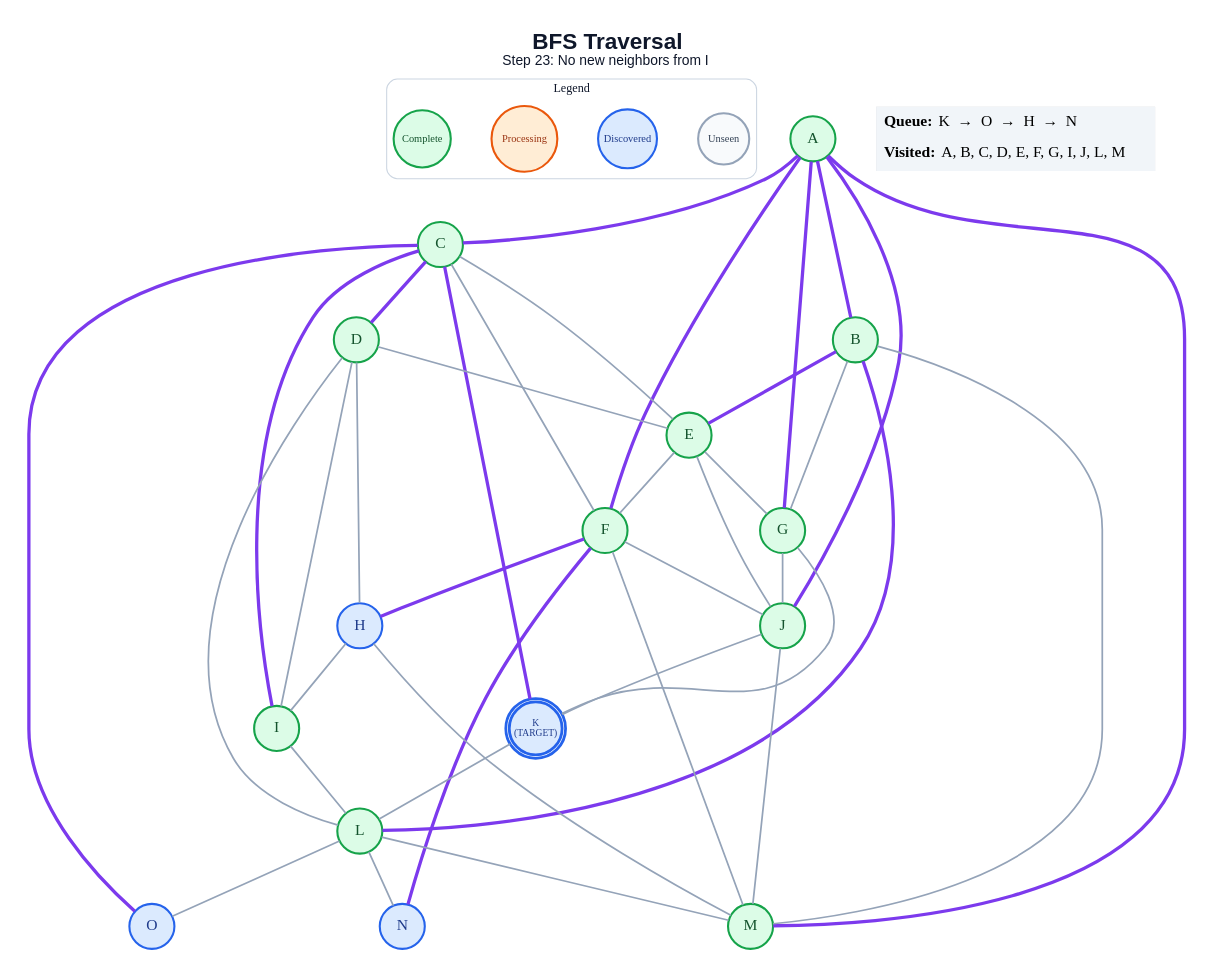
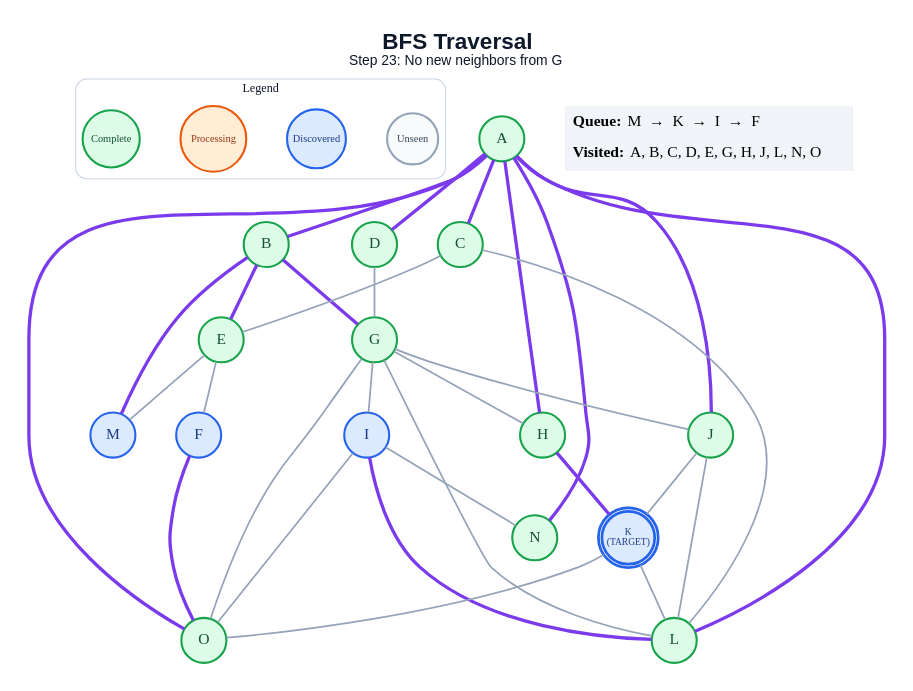
One commit to anon7238593-create/ai-slop changed the diagram in generated/specific-node/bfs/step_23.dot. Above: the diagram before and after it, drawn with Graphviz. The commit also changed 288 other files, not shown here.

```diff
--- a/generated/specific-node/bfs/step_23.dot
+++ b/generated/specific-node/bfs/step_23.dot
@@ -1,72 +1,64 @@
 graph traversal {
   graph [layout=dot, rankdir=TB, bgcolor="#FFFFFF", pad="0.35", nodesep="0.65", ranksep="0.8", fontname="Arial"];
   node [shape=circle, style="filled", fontname="Arial Bold", fontsize=18, width=0.72, fixedsize=true, penwidth=2.4];
   edge [color="#94A3B8", penwidth=2.0];
-  label=<<B>BFS Traversal</B><BR/><FONT POINT-SIZE="16">Step 23: No new neighbors from I</FONT>>; labelloc="t"; fontsize=26; fontname="Arial"; fontcolor="#0F172A";
+  label=<<B>BFS Traversal</B><BR/><FONT POINT-SIZE="16">Step 23: No new neighbors from G</FONT>>; labelloc="t"; fontsize=26; fontname="Arial"; fontcolor="#0F172A";
   subgraph cluster_legend { label="Legend"; color="#CBD5E1"; penwidth=1.2; style="rounded"; fontsize=14; fontname="Arial Bold";
     key_unseen [label="Unseen", fillcolor="#F8FAFC", color="#94A3B8", fontcolor="#334155", fontsize=12, width=0.82];
     key_frontier [label="Discovered", fillcolor="#DBEAFE", color="#2563EB", fontcolor="#1E3A8A", fontsize=12, width=0.95];
     key_current [label="Processing", fillcolor="#FFEDD5", color="#EA580C", fontcolor="#9A3412", fontsize=12, width=1.05];
     key_done [label="Complete", fillcolor="#DCFCE7", color="#16A34A", fontcolor="#14532D", fontsize=12, width=0.92];
     { rank=same; key_unseen; key_frontier; key_current; key_done; }
   }
   A [label="A", fillcolor="#DCFCE7", color="#16A34A", fontcolor="#14532D", peripheries=1, penwidth=2.4];
   B [label="B", fillcolor="#DCFCE7", color="#16A34A", fontcolor="#14532D", peripheries=1, penwidth=2.4];
   C [label="C", fillcolor="#DCFCE7", color="#16A34A", fontcolor="#14532D", peripheries=1, penwidth=2.4];
   D [label="D", fillcolor="#DCFCE7", color="#16A34A", fontcolor="#14532D", peripheries=1, penwidth=2.4];
   E [label="E", fillcolor="#DCFCE7", color="#16A34A", fontcolor="#14532D", peripheries=1, penwidth=2.4];
-  F [label="F", fillcolor="#DCFCE7", color="#16A34A", fontcolor="#14532D", peripheries=1, penwidth=2.4];
+  F [label="F", fillcolor="#DBEAFE", color="#2563EB", fontcolor="#1E3A8A", peripheries=1, penwidth=2.4];
   G [label="G", fillcolor="#DCFCE7", color="#16A34A", fontcolor="#14532D", peripheries=1, penwidth=2.4];
-  H [label="H", fillcolor="#DBEAFE", color="#2563EB", fontcolor="#1E3A8A", peripheries=1, penwidth=2.4];
-  I [label="I", fillcolor="#DCFCE7", color="#16A34A", fontcolor="#14532D", peripheries=1, penwidth=2.4];
+  H [label="H", fillcolor="#DCFCE7", color="#16A34A", fontcolor="#14532D", peripheries=1, penwidth=2.4];
+  I [label="I", fillcolor="#DBEAFE", color="#2563EB", fontcolor="#1E3A8A", peripheries=1, penwidth=2.4];
   J [label="J", fillcolor="#DCFCE7", color="#16A34A", fontcolor="#14532D", peripheries=1, penwidth=2.4];
   K [label="K\n(TARGET)", fillcolor="#DBEAFE", color="#2563EB", fontcolor="#1E3A8A", peripheries=2, penwidth=3.2, fontsize=11, width=0.85, height=0.85];
   L [label="L", fillcolor="#DCFCE7", color="#16A34A", fontcolor="#14532D", peripheries=1, penwidth=2.4];
-  M [label="M", fillcolor="#DCFCE7", color="#16A34A", fontcolor="#14532D", peripheries=1, penwidth=2.4];
-  N [label="N", fillcolor="#DBEAFE", color="#2563EB", fontcolor="#1E3A8A", peripheries=1, penwidth=2.4];
-  O [label="O", fillcolor="#DBEAFE", color="#2563EB", fontcolor="#1E3A8A", peripheries=1, penwidth=2.4];
+  M [label="M", fillcolor="#DBEAFE", color="#2563EB", fontcolor="#1E3A8A", peripheries=1, penwidth=2.4];
+  N [label="N", fillcolor="#DCFCE7", color="#16A34A", fontcolor="#14532D", peripheries=1, penwidth=2.4];
+  O [label="O", fillcolor="#DCFCE7", color="#16A34A", fontcolor="#14532D", peripheries=1, penwidth=2.4];
   A -- B [color="#7C3AED", penwidth=3.8];
   A -- C [color="#7C3AED", penwidth=3.8];
-  A -- F [color="#7C3AED", penwidth=3.8];
-  A -- G [color="#7C3AED", penwidth=3.8];
+  A -- D [color="#7C3AED", penwidth=3.8];
+  A -- H [color="#7C3AED", penwidth=3.8];
   A -- J [color="#7C3AED", penwidth=3.8];
-  A -- M [color="#7C3AED", penwidth=3.8];
+  A -- L [color="#7C3AED", penwidth=3.8];
+  A -- N [color="#7C3AED", penwidth=3.8];
+  A -- O [color="#7C3AED", penwidth=3.8];
   B -- E [color="#7C3AED", penwidth=3.8];
-  B -- G;
-  B -- L [color="#7C3AED", penwidth=3.8];
-  B -- M;
-  C -- D [color="#7C3AED", penwidth=3.8];
+  B -- G [color="#7C3AED", penwidth=3.8];
+  B -- M [color="#7C3AED", penwidth=3.8];
   C -- E;
-  C -- F;
-  C -- I [color="#7C3AED", penwidth=3.8];
-  C -- K [color="#7C3AED", penwidth=3.8];
-  C -- O [color="#7C3AED", penwidth=3.8];
-  D -- E;
-  D -- H;
-  D -- I;
-  D -- L;
+  C -- L;
+  D -- G;
   E -- F;
-  E -- G;
-  E -- J;
-  F -- H [color="#7C3AED", penwidth=3.8];
-  F -- J;
-  F -- M;
-  F -- N [color="#7C3AED", penwidth=3.8];
+  E -- M;
+  F -- O [color="#7C3AED", penwidth=3.8];
+  G -- H;
+  G -- I;
   G -- J;
-  G -- K;
-  H -- I;
-  H -- M;
-  I -- L;
+  G -- L;
+  G -- O;
+  H -- K [color="#7C3AED", penwidth=3.8];
+  I -- L [color="#7C3AED", penwidth=3.8];
+  I -- N;
+  I -- O;
   J -- K;
-  J -- M;
+  J -- L;
   K -- L;
-  L -- M;
-  L -- N;
-  L -- O;
+  K -- O;
   status [shape=plain, fixedsize=false, width=0, height=0, margin=0, label=<
     <TABLE BORDER="0" CELLBORDER="0" CELLPADDING="7" BGCOLOR="#F1F5F9">
-      <TR><TD ALIGN="LEFT"><B>Queue:</B> K  →  O  →  H  →  N</TD></TR>
-      <TR><TD ALIGN="LEFT"><B>Visited:</B> A, B, C, D, E, F, G, I, J, L, M</TD></TR>
+      <TR><TD ALIGN="LEFT"><B>Queue:</B> M  →  K  →  I  →  F</TD></TR>
+      <TR><TD ALIGN="LEFT"><B>Visited:</B> A, B, C, D, E, G, H, J, L, N, O</TD></TR>
     </TABLE>
   >];
 }
```
